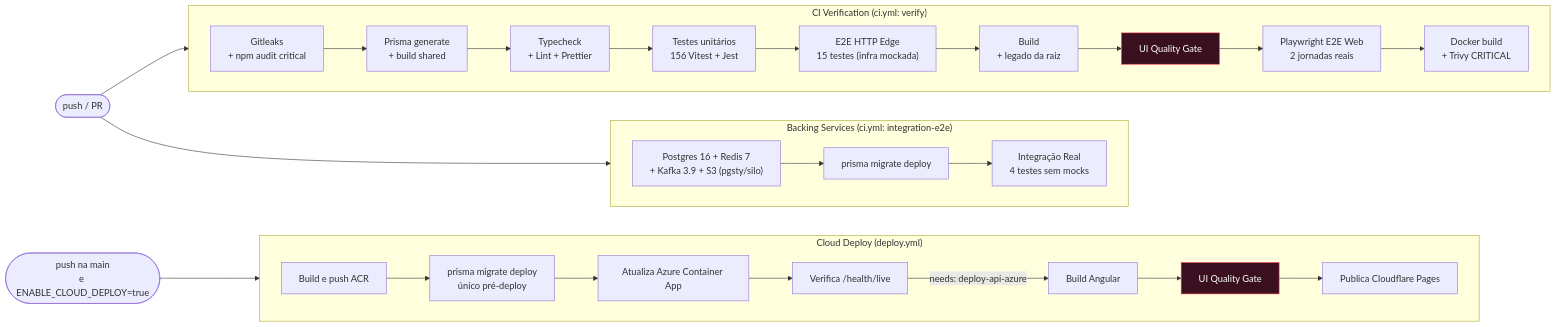
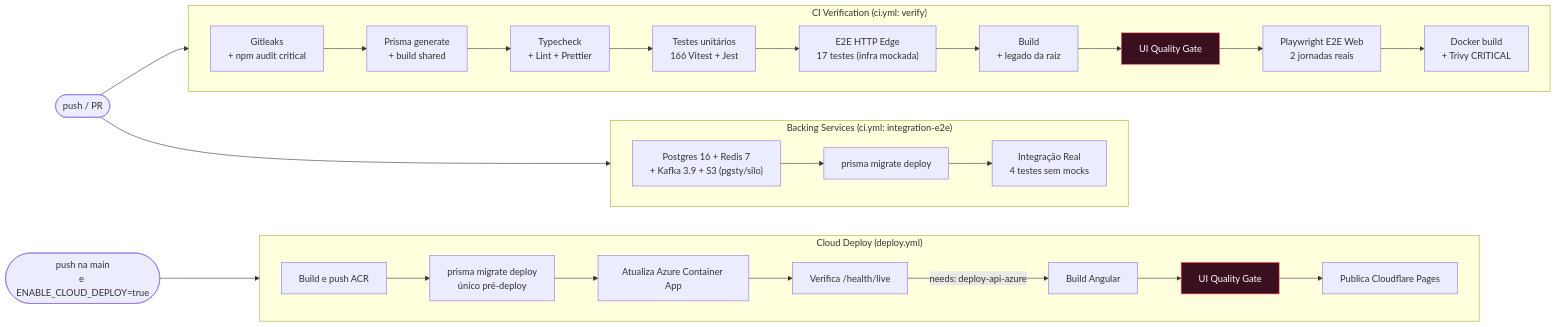
The eighth of 12 diagrams in README.md (Digooow/pokedex-frontend), drawn with Mermaid before and after one commit. The commit also changed other lines of this file and 29 other files, not shown here.

````diff
--- a/README.md
+++ b/README.md
@@ -473,32 +476,32 @@
 ```mermaid
 flowchart LR
   push(["push / PR"]) --> v
   push --> integ
 
   subgraph v["CI Verification (ci.yml: verify)"]
     direction LR
     s0["Gitleaks<br/>+ npm audit critical"] --> s1["Prisma generate<br/>+ build shared"] --> s2["Typecheck<br/>+ Lint + Prettier"]
-    s2 --> s4["Testes unitários<br/>156 Vitest + Jest"]
-    s4 --> s5["E2E HTTP Edge<br/>15 testes (infra mockada)"]
+    s2 --> s4["Testes unitários<br/>166 Vitest + Jest"]
+    s4 --> s5["E2E HTTP Edge<br/>17 testes (infra mockada)"]
     s5 --> s6["Build<br/>+ legado da raiz"]
     s6 --> s7["UI Quality Gate"]
     s7 --> s7b["Playwright E2E Web<br/>2 jornadas reais"]
     s7b --> s8["Docker build<br/>+ Trivy CRITICAL"]
   end
 
   subgraph integ["Backing Services (ci.yml: integration-e2e)"]
     direction LR
     i1["Postgres 16 + Redis 7<br/>+ Kafka 3.9 + S3 (pgsty/silo)"] --> i2["prisma migrate deploy"] --> i3["Integração Real<br/>4 testes sem mocks"]
   end
 
   push2(["push na main<br/>e ENABLE_CLOUD_DEPLOY=true"]) --> d
 
   subgraph d["Cloud Deploy (deploy.yml)"]
     direction LR
     a1["Build e push ACR"] --> a1b["prisma migrate deploy<br/>único pré-deploy"] --> a2["Atualiza Azure Container App"] --> a3["Verifica /health/live"]
     a3 -->|"needs: deploy-api-azure"| b1["Build Angular"] --> b2["UI Quality Gate"] --> b3["Publica Cloudflare Pages"]
   end
 
   classDef gate fill:#3a1020,stroke:#ff3b4e,color:#fff
   class s7,b2 gate
 ```
````
